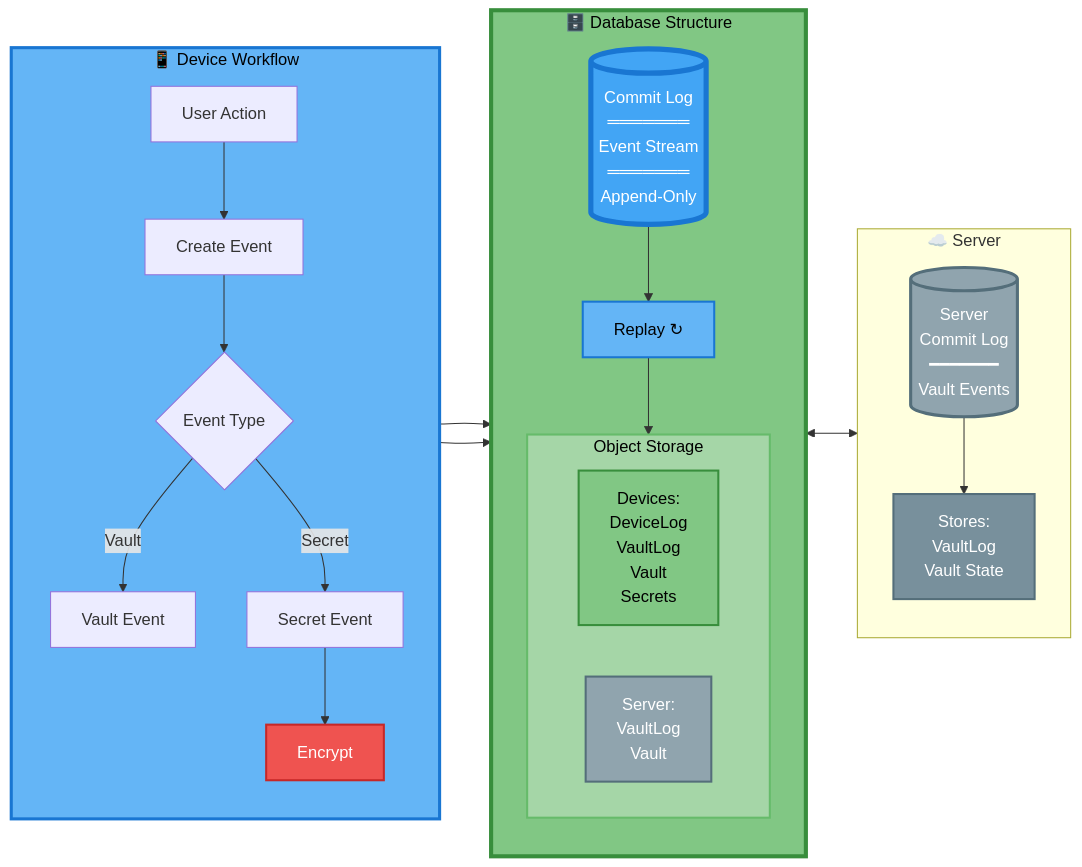
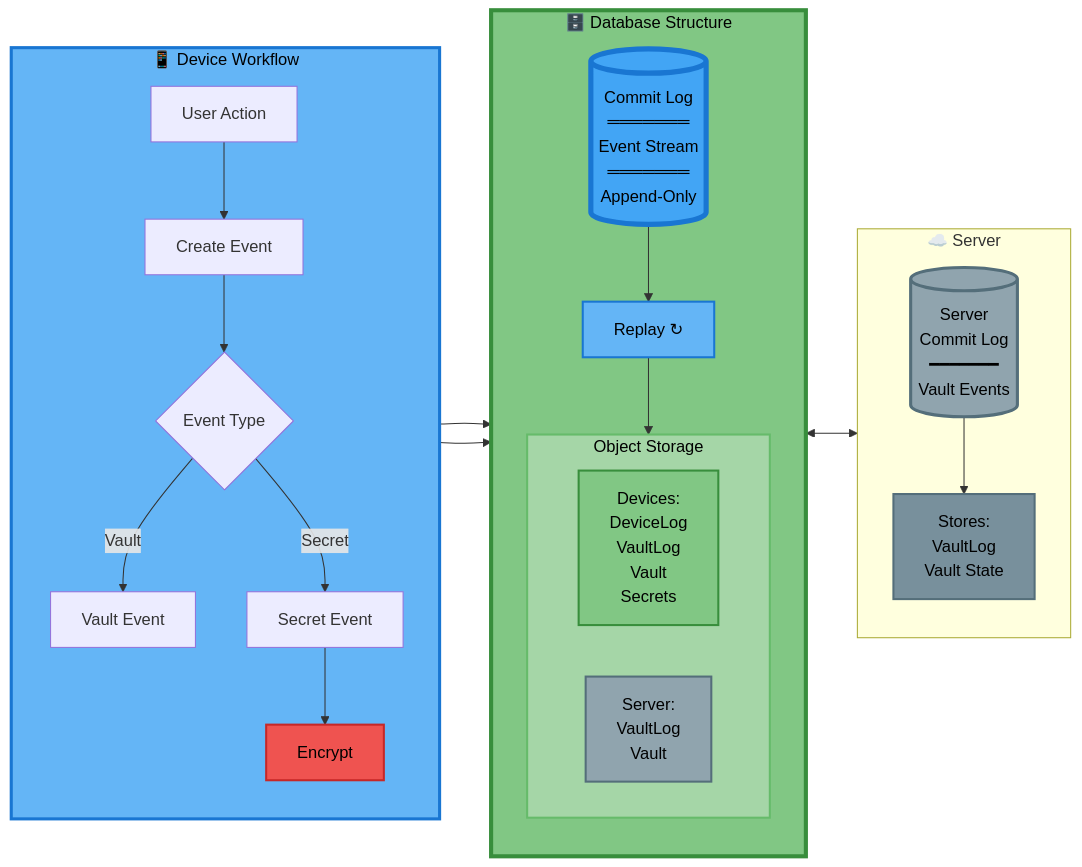
Diagram 11 of 12 in docs/meta-secret-technical-presentation.md (meta-secret/meta-secret-core), drawn with Mermaid before and after one commit. The commit also changed other lines of this file, not shown here.

````diff
--- a/docs/meta-secret-technical-presentation.md
+++ b/docs/meta-secret-technical-presentation.md
@@ -597,50 +597,50 @@
 ```mermaid
 flowchart LR
     subgraph DEVICES["📱 Device Workflow"]
         direction TB
         USER[User Action] --> EVENT[Create Event]
         EVENT --> CHECK{Event Type}
         CHECK -->|Vault| VEVT[Vault Event]
         CHECK -->|Secret| SEVT[Secret Event]
         SEVT --> ENC[Encrypt]
     end
     
     subgraph DB["🗄️ Database Structure"]
         direction TB
         
         LOG[(Commit Log<br/>═══════<br/>Event Stream<br/>═══════<br/>Append-Only)]
         
         LOG --> BUILD[Replay ↻]
         
         subgraph OBJSTORE["Object Storage"]
             VDEV[Devices:<br/>DeviceLog<br/>VaultLog<br/>Vault<br/>Secrets]
             VSRV[Server:<br/>VaultLog<br/>Vault]
         end
         
         BUILD --> OBJSTORE
     end
     
     subgraph SERVER["☁️ Server"]
         direction TB
         SRVLOG[(Server<br/>Commit Log<br/>━━━━━━━<br/>Vault Events)]
         SRVSTORE[Stores:<br/>VaultLog<br/>Vault State]
         
         SRVLOG --> SRVSTORE
     end
     
     VEVT --> LOG
     ENC --> LOG
     
     LOG <--> SRVLOG
     
-    style LOG fill:#42a5f5,color:#fff,stroke:#1976d2,stroke-width:5px
+    style LOG fill:#42a5f5,color:#000,stroke:#1976d2,stroke-width:5px
     style BUILD fill:#64b5f6,color:#000,stroke:#1976d2,stroke-width:2px
-    style SRVLOG fill:#90a4ae,color:#fff,stroke:#546e7a,stroke-width:3px
-    style SRVSTORE fill:#78909c,color:#fff,stroke:#546e7a,stroke-width:2px
+    style SRVLOG fill:#90a4ae,color:#000,stroke:#546e7a,stroke-width:3px
+    style SRVSTORE fill:#78909c,color:#000,stroke:#546e7a,stroke-width:2px
     style VDEV fill:#81c784,color:#000,stroke:#388e3c,stroke-width:2px
-    style VSRV fill:#90a4ae,color:#fff,stroke:#546e7a,stroke-width:2px
-    style ENC fill:#ef5350,color:#fff,stroke:#c62828,stroke-width:2px
+    style VSRV fill:#90a4ae,color:#000,stroke:#546e7a,stroke-width:2px
+    style ENC fill:#ef5350,color:#000,stroke:#c62828,stroke-width:2px
     style DEVICES fill:#64b5f6,color:#000,stroke:#1976d2,stroke-width:3px
     style DB fill:#81c784,color:#000,stroke:#388e3c,stroke-width:4px
     style OBJSTORE fill:#a5d6a7,color:#000,stroke:#66bb6a,stroke-width:2px
 ```
````
